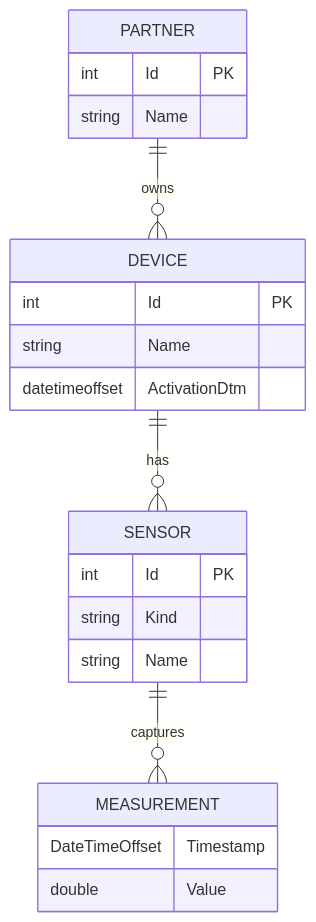
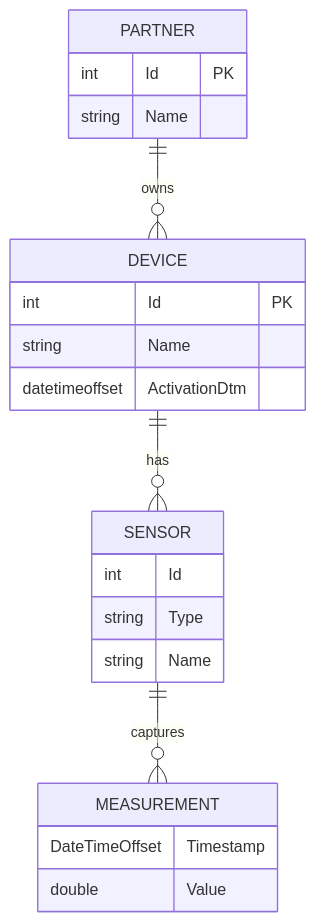
One commit to frostychrome/cl-cargo-data changed the third of 3 diagrams in README.md. Above: the diagram before and after it, drawn with Mermaid. The commit also changed 8 other files, not shown here.

````diff
--- a/README.md
+++ b/README.md
@@ -125,24 +125,24 @@
 ```mermaid
 erDiagram
     PARTNER ||--o{ DEVICE : owns
     PARTNER {
         int Id PK
         string Name
     }
     DEVICE ||--o{ SENSOR : has
     DEVICE {
         int Id PK
         string Name
         datetimeoffset ActivationDtm
     }
     SENSOR ||--o{ MEASUREMENT : captures
     SENSOR {
-        int Id PK
-        string Kind
+        int Id
+        string Type
         string Name
     }
     MEASUREMENT {
         DateTimeOffset Timestamp
         double Value
     }
 ```
````
